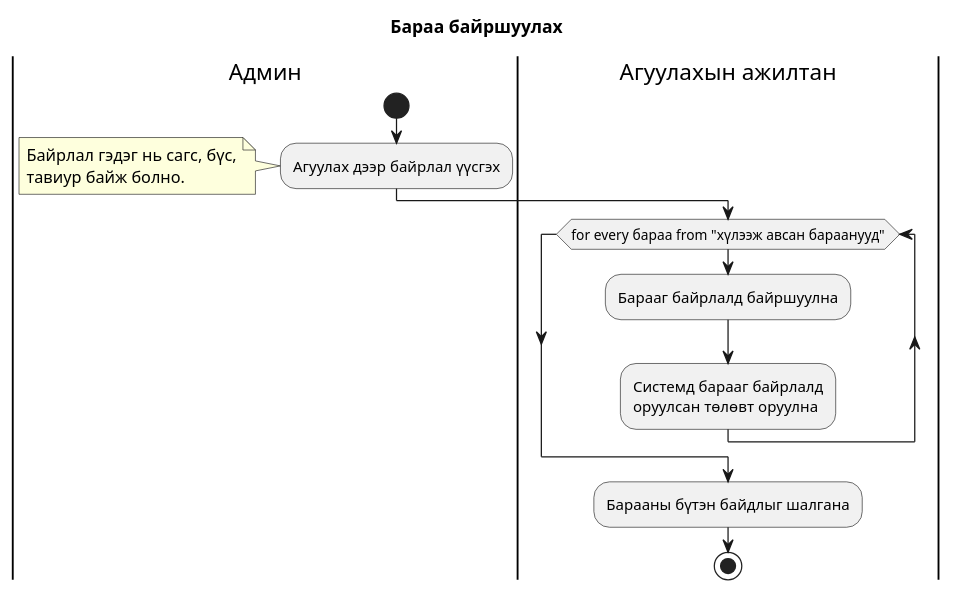
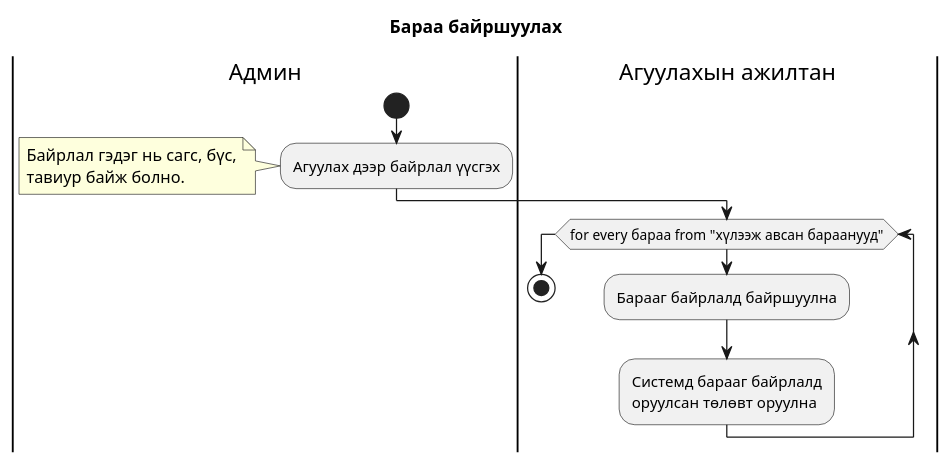
One commit to lodipay/lodipay-wms changed the diagram in docs/activity-diagram/positioning.md. Above: the diagram before and after it, drawn with PlantUML.

Commit message:
fix(activity-diagram): remove task from positioning

````diff
--- a/docs/activity-diagram/positioning.md
+++ b/docs/activity-diagram/positioning.md
@@ -3,20 +3,19 @@
 ```plantuml
 @startuml
 title Бараа байршуулах
 |admin|Админ
 start
 :Агуулах дээр байрлал үүсгэх;
 note left
     Байрлал гэдэг нь сагс, бүс,
     тавиур байж болно.
 endnote
 |staff|Агуулахын ажилтан
 while (for every бараа from "хүлээж авсан бараанууд")
     :Барааг байрлалд байршуулна;
     :Системд барааг байрлалд
     оруулсан төлөвт оруулна;
 endwhile
-:Барааны бүтэн байдлыг шалгана;
 stop
 @enduml
 ```
````
